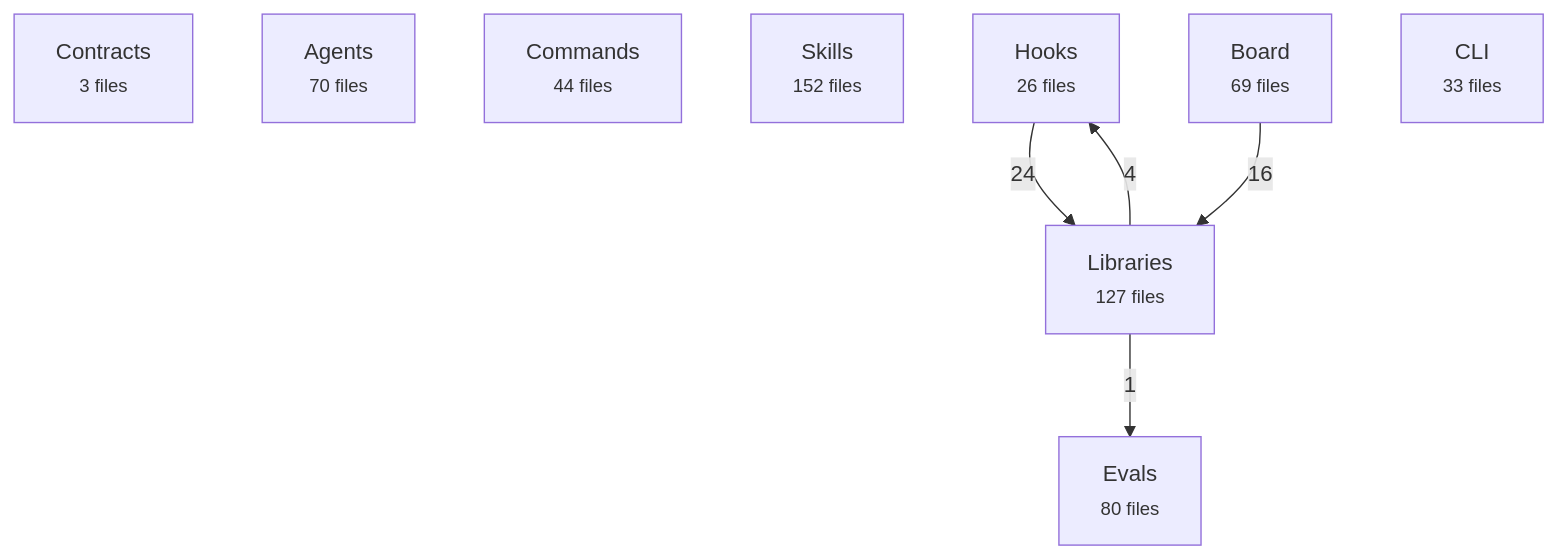
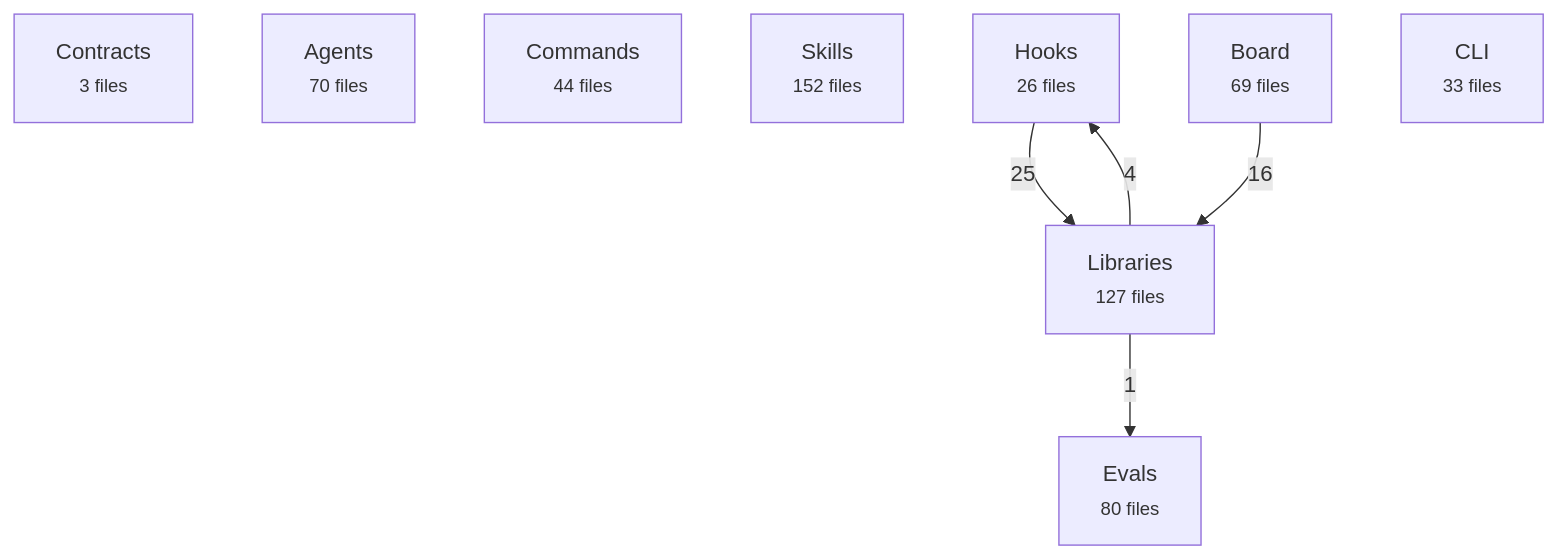
One commit to avelikiy/great_cto changed the first of 2 diagrams in docs/reference/architecture-map.md. Above: the diagram before and after it, drawn with Mermaid.

Commit message:
docs(reference): regenerate the architecture map for subagent-cost
cecec2ff committed the map a PostToolUse hook had regenerated before every new
file existed, so gen-docs-reference --check went stale on that commit (its
parent was in sync).

````diff
--- a/docs/reference/architecture-map.md
+++ b/docs/reference/architecture-map.md
@@ -20,16 +20,16 @@
 ```mermaid
 flowchart TD
   contracts["Contracts<br/><small>3 files</small>"]
   agents["Agents<br/><small>70 files</small>"]
   commands["Commands<br/><small>44 files</small>"]
   skills["Skills<br/><small>152 files</small>"]
   hooks["Hooks<br/><small>26 files</small>"]
   libs["Libraries<br/><small>127 files</small>"]
   board["Board<br/><small>69 files</small>"]
   cli["CLI<br/><small>33 files</small>"]
   evals["Evals<br/><small>80 files</small>"]
-  hooks -->|24| libs
+  hooks -->|25| libs
   board -->|16| libs
   libs -->|4| hooks
   libs -->|1| evals
 ```
````
